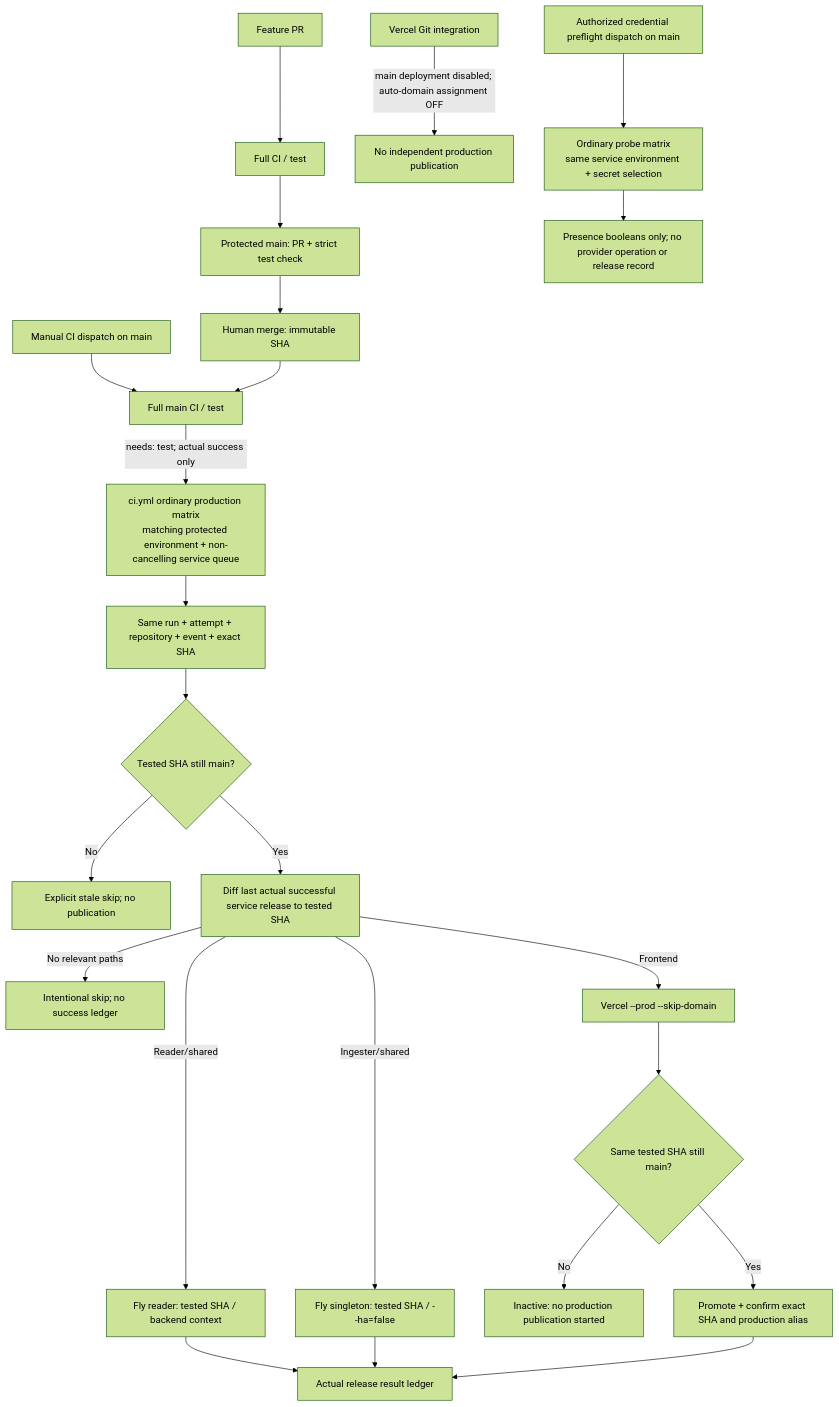
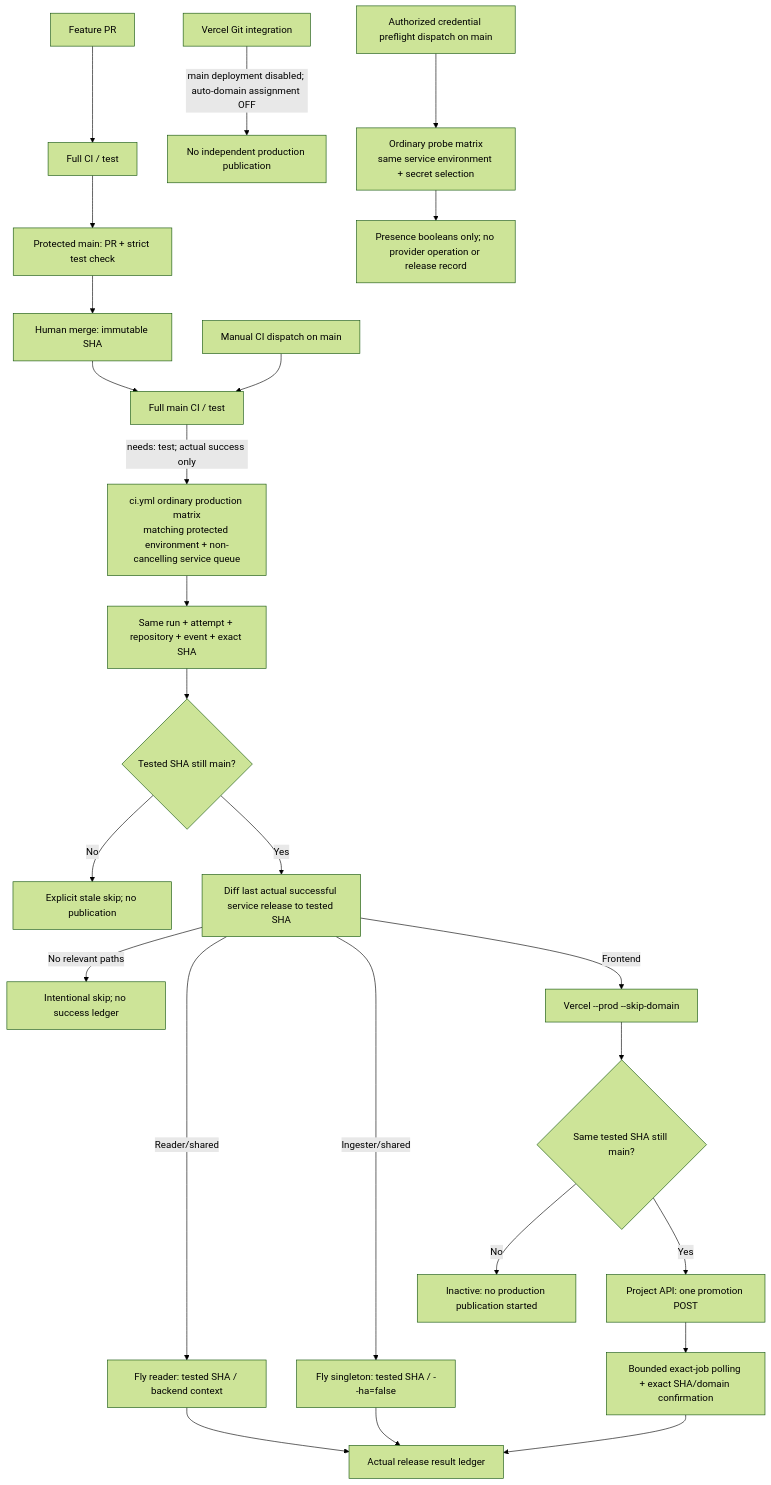
One commit to mcasillas17/ScoreArc changed the fourth of 4 diagrams in docs/backend/ARCHITECTURE.md. Above: the diagram before and after it, drawn with Mermaid (forest theme). The commit also changed other lines of this file and 10 other files, not shown here.

````diff
--- a/docs/backend/ARCHITECTURE.md
+++ b/docs/backend/ARCHITECTURE.md
@@ -637,27 +637,28 @@
 ```mermaid
 flowchart TD
   PR["Feature PR"] --> PRCI["Full CI / test"]
   PRCI --> Protection["Protected main: PR + strict test check"]
   Protection --> Merge["Human merge: immutable SHA"]
   Manual["Manual CI dispatch on main"] --> MainCI
   Merge --> MainCI["Full main CI / test"]
   MainCI -->|"needs: test; actual success only"| Queue
   Eligibility["Same run + attempt + repository + event + exact SHA"]
   Queue["ci.yml ordinary production matrix<br/>matching protected environment + non-cancelling service queue"] --> Eligibility
   Eligibility --> Head{"Tested SHA still main?"}
   Head -->|"No"| Skip["Explicit stale skip; no publication"]
   Head -->|"Yes"| Paths["Diff last actual successful service release to tested SHA"]
   Paths -->|"No relevant paths"| Unchanged["Intentional skip; no success ledger"]
   Paths -->|"Reader/shared"| ReaderRelease["Fly reader: tested SHA / backend context"]
   Paths -->|"Ingester/shared"| IngesterRelease["Fly singleton: tested SHA / --ha=false"]
   Paths -->|"Frontend"| Stage["Vercel --prod --skip-domain"]
   Stage --> Recheck{"Same tested SHA still main?"}
   Recheck -->|"No"| Inert["Inactive: no production publication started"]
-  Recheck -->|"Yes"| Promote["Promote + confirm exact SHA and production alias"]
+  Recheck -->|"Yes"| Promote["Project API: one promotion POST"]
+  Promote --> Poll["Bounded exact-job polling + exact SHA/domain confirmation"]
   ReaderRelease --> Ledger["Actual release result ledger"]
   IngesterRelease --> Ledger
-  Promote --> Ledger
+  Poll --> Ledger
   Git["Vercel Git integration"] -->|"main deployment disabled; auto-domain assignment OFF"| NoBypass["No independent production publication"]
   Diagnostic["Authorized credential preflight dispatch on main"] --> DirectProbe["Ordinary probe matrix<br/>same service environment + secret selection"]
   DirectProbe --> Presence["Presence booleans only; no provider operation or release record"]
 ```
````
